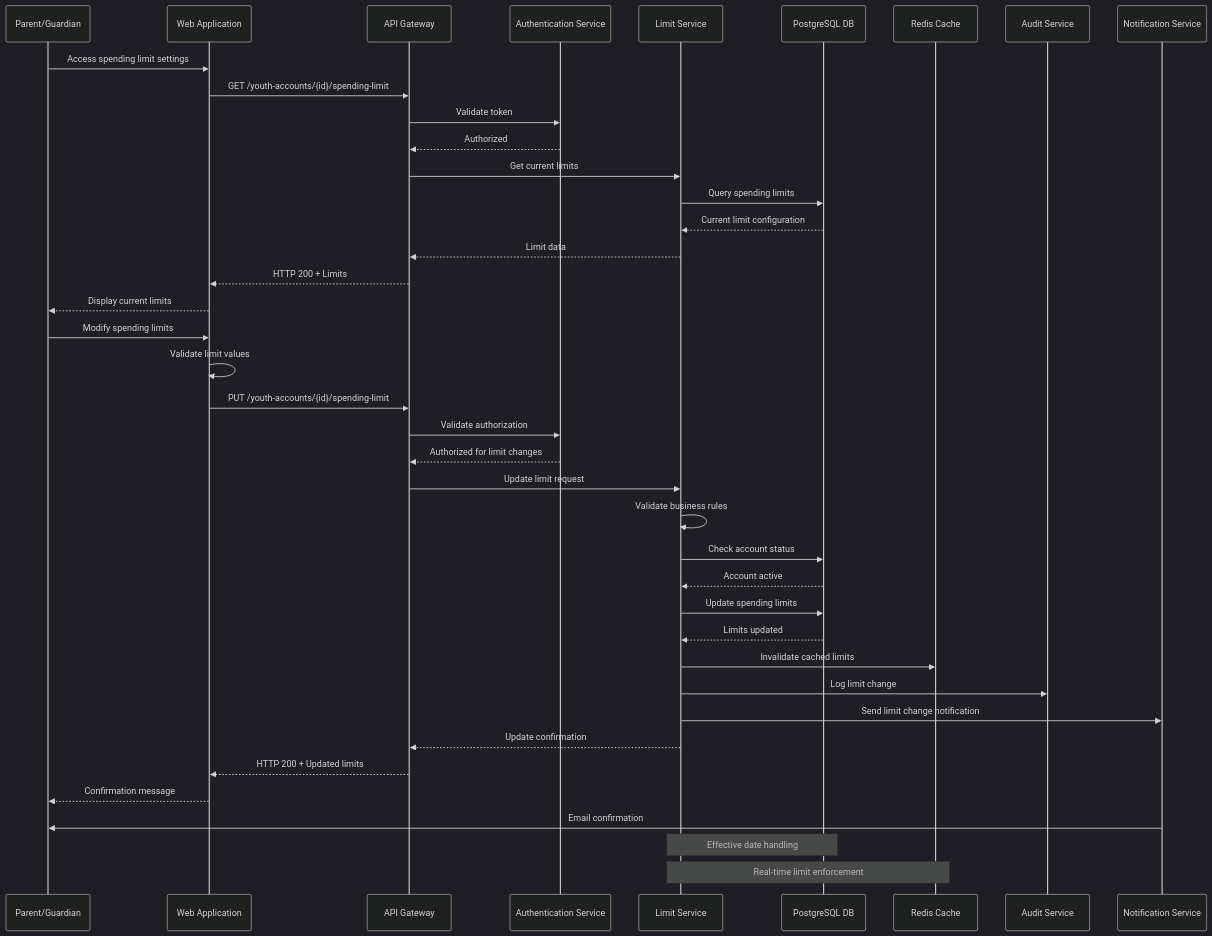
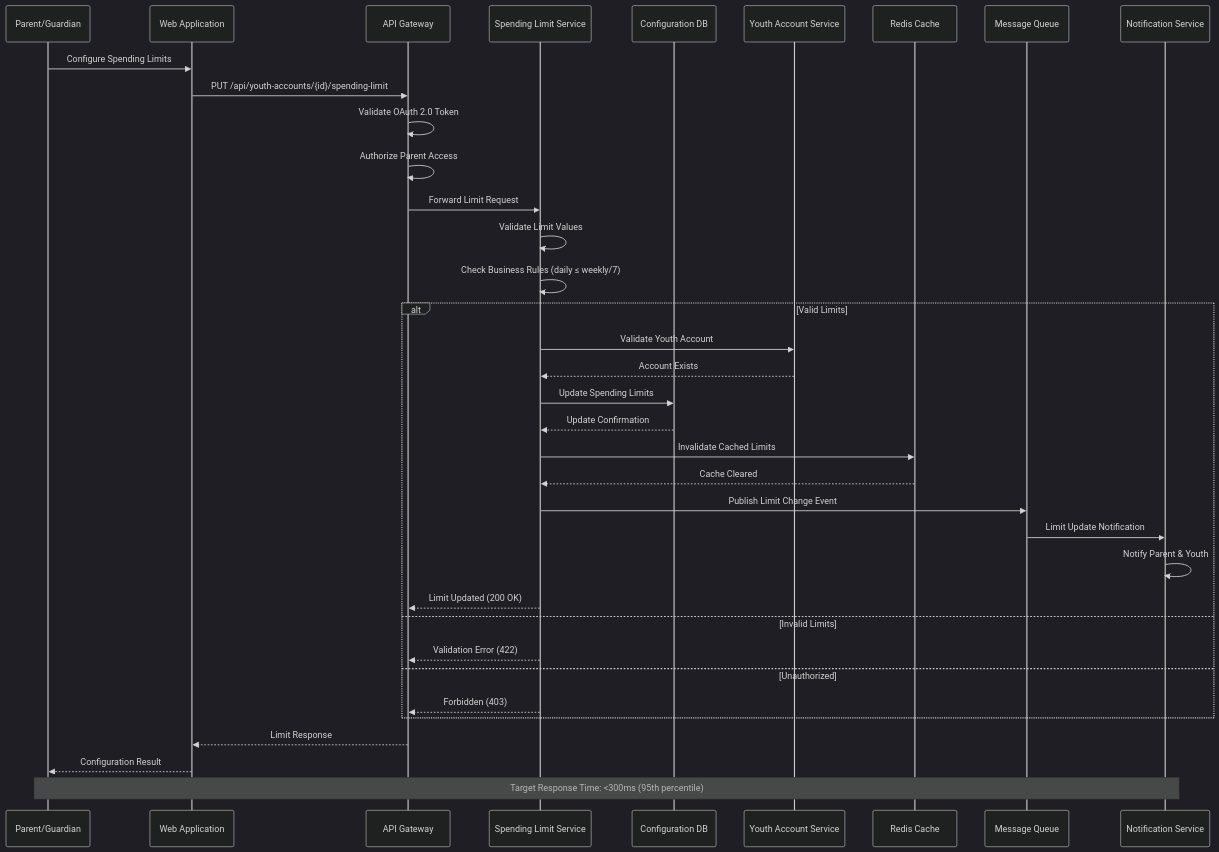
Before and after one commit to ThapaswiASC/SCIB-INCEPTION-PHASE-DEMO: the third of 8 diagrams in API Development/Components and Sequence Diagrams/sequence_diagram.md, drawn with Mermaid (dark theme). The commit also changed other lines of this file and 1 other file, not shown here.

````diff
--- a/API Development/Components and Sequence Diagrams/sequence_diagram.md
+++ b/API Development/Components and Sequence Diagrams/sequence_diagram.md
@@ -119,47 +123,49 @@
 ```mermaid
 sequenceDiagram
     participant Parent as Parent/Guardian
     participant WebApp as Web Application
     participant APIGateway as API Gateway
-    participant AuthSvc as Authentication Service
-    participant LimitSvc as Limit Service
-    participant Database as PostgreSQL DB
+    participant LimitService as Spending Limit Service
+    participant ConfigDB as Configuration DB
+    participant YouthService as Youth Account Service
     participant Cache as Redis Cache
-    participant AuditSvc as Audit Service
-    participant NotificationSvc as Notification Service
-
-    Parent->>WebApp: Access spending limit settings
-    WebApp->>APIGateway: GET /youth-accounts/{id}/spending-limit
-    APIGateway->>AuthSvc: Validate token
-    AuthSvc-->>APIGateway: Authorized
-    APIGateway->>LimitSvc: Get current limits
-    LimitSvc->>Database: Query spending limits
-    Database-->>LimitSvc: Current limit configuration
-    LimitSvc-->>APIGateway: Limit data
-    APIGateway-->>WebApp: HTTP 200 + Limits
-    WebApp-->>Parent: Display current limits
+    participant MessageQueue as Message Queue
+    participant NotificationService as Notification Service
     
-    Parent->>WebApp: Modify spending limits
-    WebApp->>WebApp: Validate limit values
-    WebApp->>APIGateway: PUT /youth-accounts/{id}/spending-limit
-    APIGateway->>AuthSvc: Validate authorization
-    AuthSvc-->>APIGateway: Authorized for limit changes
-    APIGateway->>LimitSvc: Update limit request
+    Parent->>WebApp: Configure Spending Limits
+    WebApp->>APIGateway: PUT /api/youth-accounts/{id}/spending-limit
+    APIGateway->>APIGateway: Validate OAuth 2.0 Token
+    APIGateway->>APIGateway: Authorize Parent Access
+    APIGateway->>LimitService: Forward Limit Request
     
-    LimitSvc->>LimitSvc: Validate business rules
-    LimitSvc->>Database: Check account status
-    Database-->>LimitSvc: Account active
-    LimitSvc->>Database: Update spending limits
-    Database-->>LimitSvc: Limits updated
-    LimitSvc->>Cache: Invalidate cached limits
-    LimitSvc->>AuditSvc: Log limit change
-    LimitSvc->>NotificationSvc: Send limit change notification
-    LimitSvc-->>APIGateway: Update confirmation
-    APIGateway-->>WebApp: HTTP 200 + Updated limits
-    WebApp-->>Parent: Confirmation message
+    LimitService->>LimitService: Validate Limit Values
+    LimitService->>LimitService: Check Business Rules (daily ≤ weekly/7)
     
-    NotificationSvc->>Parent: Email confirmation
+    alt Valid Limits
+        LimitService->>YouthService: Validate Youth Account
+        YouthService-->>LimitService: Account Exists
+        
+        LimitService->>ConfigDB: Update Spending Limits
+        ConfigDB-->>LimitService: Update Confirmation
+        
+        LimitService->>Cache: Invalidate Cached Limits
+        Cache-->>LimitService: Cache Cleared
+        
+        LimitService->>MessageQueue: Publish Limit Change Event
+        MessageQueue->>NotificationService: Limit Update Notification
+        NotificationService->>NotificationService: Notify Parent & Youth
+        
+        LimitService-->>APIGateway: Limit Updated (200 OK)
+        
+    else Invalid Limits
+        LimitService-->>APIGateway: Validation Error (422)
+        
+    else Unauthorized
+        LimitService-->>APIGateway: Forbidden (403)
+    end
     
-    Note over LimitSvc,Database: Effective date handling
-    Note over LimitSvc,Cache: Real-time limit enforcement
+    APIGateway-->>WebApp: Limit Response
+    WebApp-->>Parent: Configuration Result
+    
+    Note over Parent, NotificationService: Target Response Time: <300ms (95th percentile)
 ```
````
